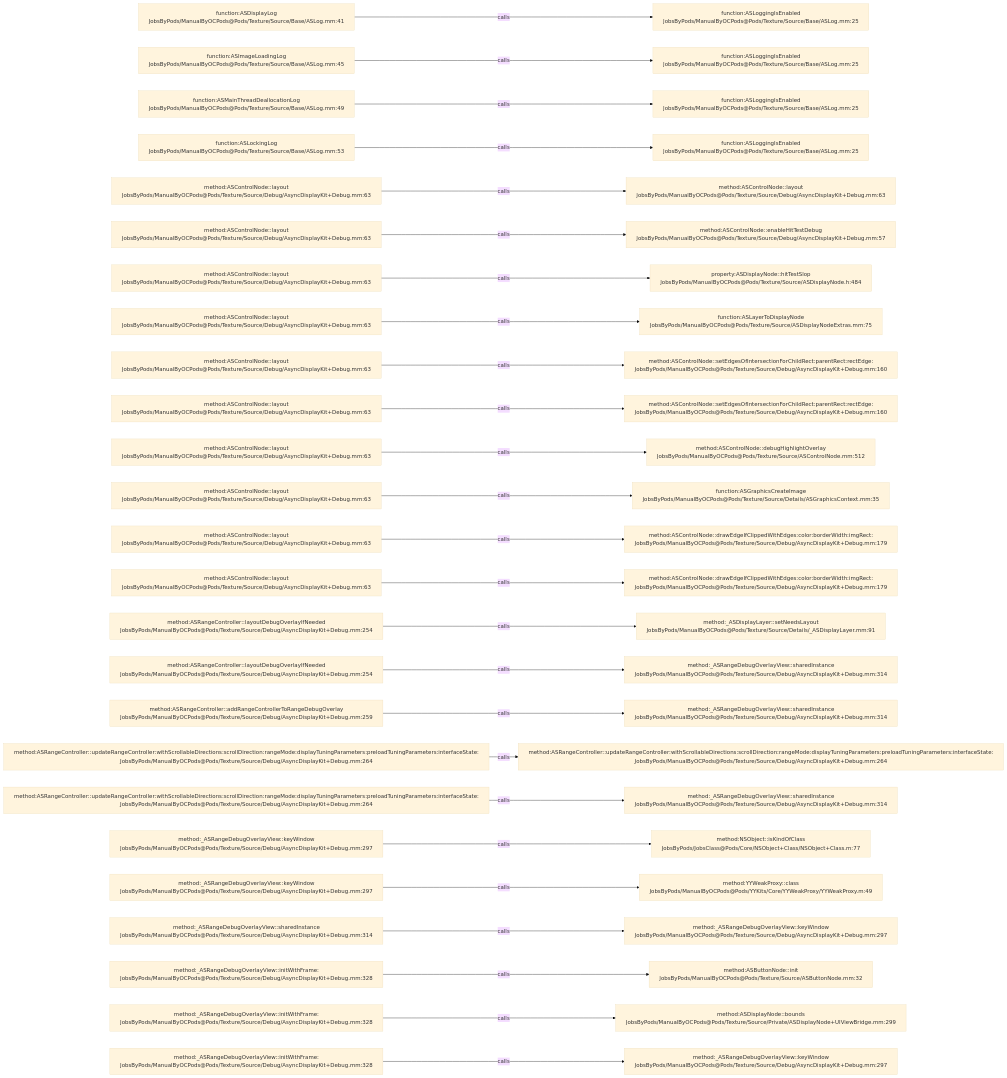
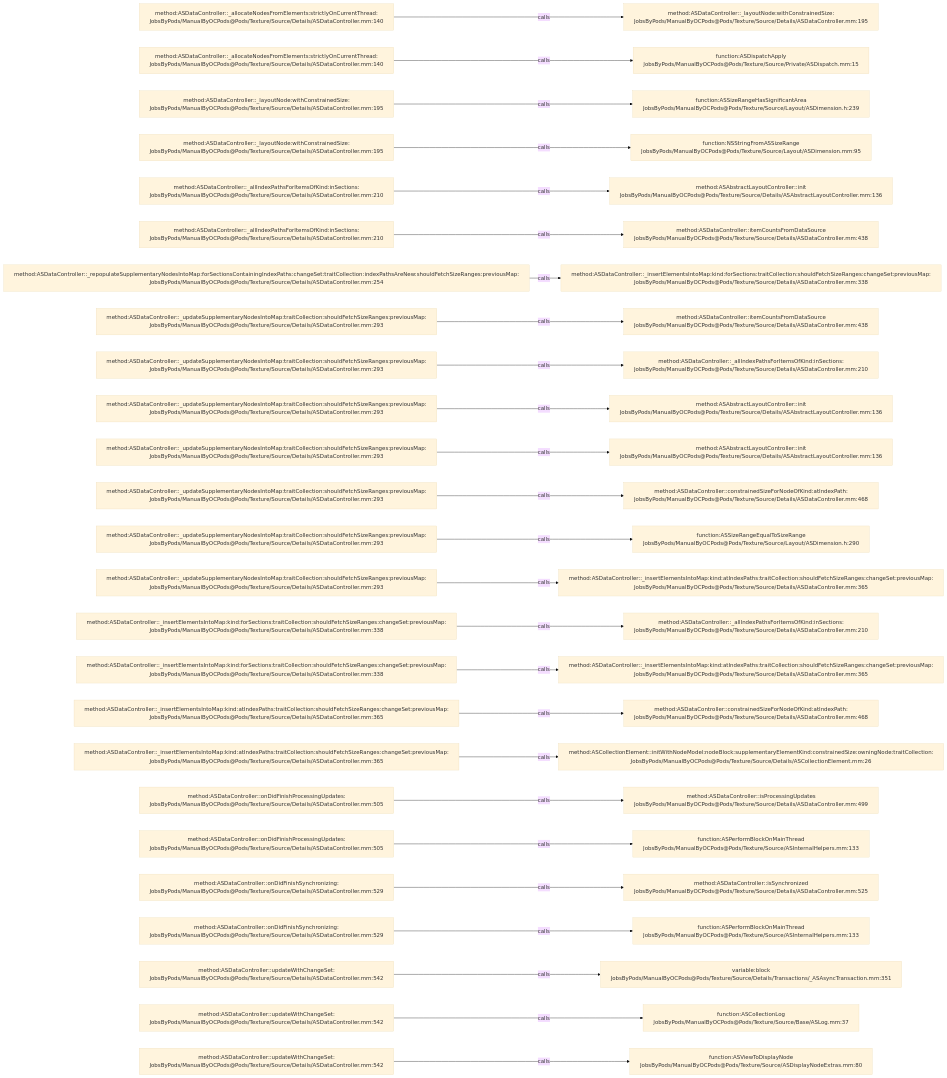
The diagram in .codegraph/codegraph.md/graphs/calls-156.md (JobsKits/JobsOCBaseConfigDemo), drawn with Mermaid (base theme) before and after one commit. The commit also changed 1223 other files, not shown here.

````diff
--- a/.codegraph/codegraph.md/graphs/calls-156.md
+++ b/.codegraph/codegraph.md/graphs/calls-156.md
@@ -13,78 +13,78 @@
 ```mermaid
 flowchart LR
-  S1["function:ASDisplayLog<br/>JobsByPods/ManualByOCPods@Pods/Texture/Source/Base/ASLog.mm:41"]
-  T1["function:ASLoggingIsEnabled<br/>JobsByPods/ManualByOCPods@Pods/Texture/Source/Base/ASLog.mm:25"]
+  S1["method:ASDataController::_allocateNodesFromElements:strictlyOnCurrentThread:<br/>JobsByPods/ManualByOCPods@Pods/Texture/Source/Details/ASDataController.mm:140"]
+  T1["method:ASDataController::_layoutNode:withConstrainedSize:<br/>JobsByPods/ManualByOCPods@Pods/Texture/Source/Details/ASDataController.mm:195"]
   S1 -->|calls| T1
-  S2["function:ASImageLoadingLog<br/>JobsByPods/ManualByOCPods@Pods/Texture/Source/Base/ASLog.mm:45"]
-  T2["function:ASLoggingIsEnabled<br/>JobsByPods/ManualByOCPods@Pods/Texture/Source/Base/ASLog.mm:25"]
+  S2["method:ASDataController::_allocateNodesFromElements:strictlyOnCurrentThread:<br/>JobsByPods/ManualByOCPods@Pods/Texture/Source/Details/ASDataController.mm:140"]
+  T2["function:ASDispatchApply<br/>JobsByPods/ManualByOCPods@Pods/Texture/Source/Private/ASDispatch.mm:15"]
   S2 -->|calls| T2
-  S3["function:ASMainThreadDeallocationLog<br/>JobsByPods/ManualByOCPods@Pods/Texture/Source/Base/ASLog.mm:49"]
-  T3["function:ASLoggingIsEnabled<br/>JobsByPods/ManualByOCPods@Pods/Texture/Source/Base/ASLog.mm:25"]
+  S3["method:ASDataController::_layoutNode:withConstrainedSize:<br/>JobsByPods/ManualByOCPods@Pods/Texture/Source/Details/ASDataController.mm:195"]
+  T3["function:ASSizeRangeHasSignificantArea<br/>JobsByPods/ManualByOCPods@Pods/Texture/Source/Layout/ASDimension.h:239"]
   S3 -->|calls| T3
-  S4["function:ASLockingLog<br/>JobsByPods/ManualByOCPods@Pods/Texture/Source/Base/ASLog.mm:53"]
-  T4["function:ASLoggingIsEnabled<br/>JobsByPods/ManualByOCPods@Pods/Texture/Source/Base/ASLog.mm:25"]
+  S4["method:ASDataController::_layoutNode:withConstrainedSize:<br/>JobsByPods/ManualByOCPods@Pods/Texture/Source/Details/ASDataController.mm:195"]
+  T4["function:NSStringFromASSizeRange<br/>JobsByPods/ManualByOCPods@Pods/Texture/Source/Layout/ASDimension.mm:95"]
   S4 -->|calls| T4
-  S5["method:ASControlNode::layout<br/>JobsByPods/ManualByOCPods@Pods/Texture/Source/Debug/AsyncDisplayKit+Debug.mm:63"]
-  T5["method:ASControlNode::layout<br/>JobsByPods/ManualByOCPods@Pods/Texture/Source/Debug/AsyncDisplayKit+Debug.mm:63"]
+  S5["method:ASDataController::_allIndexPathsForItemsOfKind:inSections:<br/>JobsByPods/ManualByOCPods@Pods/Texture/Source/Details/ASDataController.mm:210"]
+  T5["method:ASAbstractLayoutController::init<br/>JobsByPods/ManualByOCPods@Pods/Texture/Source/Details/ASAbstractLayoutController.mm:136"]
   S5 -->|calls| T5
-  S6["method:ASControlNode::layout<br/>JobsByPods/ManualByOCPods@Pods/Texture/Source/Debug/AsyncDisplayKit+Debug.mm:63"]
-  T6["method:ASControlNode::enableHitTestDebug<br/>JobsByPods/ManualByOCPods@Pods/Texture/Source/Debug/AsyncDisplayKit+Debug.mm:57"]
+  S6["method:ASDataController::_allIndexPathsForItemsOfKind:inSections:<br/>JobsByPods/ManualByOCPods@Pods/Texture/Source/Details/ASDataController.mm:210"]
+  T6["method:ASDataController::itemCountsFromDataSource<br/>JobsByPods/ManualByOCPods@Pods/Texture/Source/Details/ASDataController.mm:438"]
   S6 -->|calls| T6
-  S7["method:ASControlNode::layout<br/>JobsByPods/ManualByOCPods@Pods/Texture/Source/Debug/AsyncDisplayKit+Debug.mm:63"]
-  T7["property:ASDisplayNode::hitTestSlop<br/>JobsByPods/ManualByOCPods@Pods/Texture/Source/ASDisplayNode.h:484"]
+  S7["method:ASDataController::_repopulateSupplementaryNodesIntoMap:forSectionsContainingIndexPaths:changeSet:traitCollection:indexPathsAreNew:shouldFetchSizeRanges:previousMap:<br/>JobsByPods/ManualByOCPods@Pods/Texture/Source/Details/ASDataController.mm:254"]
+  T7["method:ASDataController::_insertElementsIntoMap:kind:forSections:traitCollection:shouldFetchSizeRanges:changeSet:previousMap:<br/>JobsByPods/ManualByOCPods@Pods/Texture/Source/Details/ASDataController.mm:338"]
   S7 -->|calls| T7
-  S8["method:ASControlNode::layout<br/>JobsByPods/ManualByOCPods@Pods/Texture/Source/Debug/AsyncDisplayKit+Debug.mm:63"]
-  T8["function:ASLayerToDisplayNode<br/>JobsByPods/ManualByOCPods@Pods/Texture/Source/ASDisplayNodeExtras.mm:75"]
+  S8["method:ASDataController::_updateSupplementaryNodesIntoMap:traitCollection:shouldFetchSizeRanges:previousMap:<br/>JobsByPods/ManualByOCPods@Pods/Texture/Source/Details/ASDataController.mm:293"]
+  T8["method:ASDataController::itemCountsFromDataSource<br/>JobsByPods/ManualByOCPods@Pods/Texture/Source/Details/ASDataController.mm:438"]
   S8 -->|calls| T8
-  S9["method:ASControlNode::layout<br/>JobsByPods/ManualByOCPods@Pods/Texture/Source/Debug/AsyncDisplayKit+Debug.mm:63"]
-  T9["method:ASControlNode::setEdgesOfIntersectionForChildRect:parentRect:rectEdge:<br/>JobsByPods/ManualByOCPods@Pods/Texture/Source/Debug/AsyncDisplayKit+Debug.mm:160"]
+  S9["method:ASDataController::_updateSupplementaryNodesIntoMap:traitCollection:shouldFetchSizeRanges:previousMap:<br/>JobsByPods/ManualByOCPods@Pods/Texture/Source/Details/ASDataController.mm:293"]
+  T9["method:ASDataController::_allIndexPathsForItemsOfKind:inSections:<br/>JobsByPods/ManualByOCPods@Pods/Texture/Source/Details/ASDataController.mm:210"]
   S9 -->|calls| T9
-  S10["method:ASControlNode::layout<br/>JobsByPods/ManualByOCPods@Pods/Texture/Source/Debug/AsyncDisplayKit+Debug.mm:63"]
-  T10["method:ASControlNode::setEdgesOfIntersectionForChildRect:parentRect:rectEdge:<br/>JobsByPods/ManualByOCPods@Pods/Texture/Source/Debug/AsyncDisplayKit+Debug.mm:160"]
+  S10["method:ASDataController::_updateSupplementaryNodesIntoMap:traitCollection:shouldFetchSizeRanges:previousMap:<br/>JobsByPods/ManualByOCPods@Pods/Texture/Source/Details/ASDataController.mm:293"]
+  T10["method:ASAbstractLayoutController::init<br/>JobsByPods/ManualByOCPods@Pods/Texture/Source/Details/ASAbstractLayoutController.mm:136"]
   S10 -->|calls| T10
-  S11["method:ASControlNode::layout<br/>JobsByPods/ManualByOCPods@Pods/Texture/Source/Debug/AsyncDisplayKit+Debug.mm:63"]
-  T11["method:ASControlNode::debugHighlightOverlay<br/>JobsByPods/ManualByOCPods@Pods/Texture/Source/ASControlNode.mm:512"]
+  S11["method:ASDataController::_updateSupplementaryNodesIntoMap:traitCollection:shouldFetchSizeRanges:previousMap:<br/>JobsByPods/ManualByOCPods@Pods/Texture/Source/Details/ASDataController.mm:293"]
+  T11["method:ASAbstractLayoutController::init<br/>JobsByPods/ManualByOCPods@Pods/Texture/Source/Details/ASAbstractLayoutController.mm:136"]
   S11 -->|calls| T11
-  S12["method:ASControlNode::layout<br/>JobsByPods/ManualByOCPods@Pods/Texture/Source/Debug/AsyncDisplayKit+Debug.mm:63"]
-  T12["function:ASGraphicsCreateImage<br/>JobsByPods/ManualByOCPods@Pods/Texture/Source/Details/ASGraphicsContext.mm:35"]
+  S12["method:ASDataController::_updateSupplementaryNodesIntoMap:traitCollection:shouldFetchSizeRanges:previousMap:<br/>JobsByPods/ManualByOCPods@Pods/Texture/Source/Details/ASDataController.mm:293"]
+  T12["method:ASDataController::constrainedSizeForNodeOfKind:atIndexPath:<br/>JobsByPods/ManualByOCPods@Pods/Texture/Source/Details/ASDataController.mm:468"]
   S12 -->|calls| T12
-  S13["method:ASControlNode::layout<br/>JobsByPods/ManualByOCPods@Pods/Texture/Source/Debug/AsyncDisplayKit+Debug.mm:63"]
-  T13["method:ASControlNode::drawEdgeIfClippedWithEdges:color:borderWidth:imgRect:<br/>JobsByPods/ManualByOCPods@Pods/Texture/Source/Debug/AsyncDisplayKit+Debug.mm:179"]
+  S13["method:ASDataController::_updateSupplementaryNodesIntoMap:traitCollection:shouldFetchSizeRanges:previousMap:<br/>JobsByPods/ManualByOCPods@Pods/Texture/Source/Details/ASDataController.mm:293"]
+  T13["function:ASSizeRangeEqualToSizeRange<br/>JobsByPods/ManualByOCPods@Pods/Texture/Source/Layout/ASDimension.h:290"]
   S13 -->|calls| T13
-  S14["method:ASControlNode::layout<br/>JobsByPods/ManualByOCPods@Pods/Texture/Source/Debug/AsyncDisplayKit+Debug.mm:63"]
-  T14["method:ASControlNode::drawEdgeIfClippedWithEdges:color:borderWidth:imgRect:<br/>JobsByPods/ManualByOCPods@Pods/Texture/Source/Debug/AsyncDisplayKit+Debug.mm:179"]
+  S14["method:ASDataController::_updateSupplementaryNodesIntoMap:traitCollection:shouldFetchSizeRanges:previousMap:<br/>JobsByPods/ManualByOCPods@Pods/Texture/Source/Details/ASDataController.mm:293"]
+  T14["method:ASDataController::_insertElementsIntoMap:kind:atIndexPaths:traitCollection:shouldFetchSizeRanges:changeSet:previousMap:<br/>JobsByPods/ManualByOCPods@Pods/Texture/Source/Details/ASDataController.mm:365"]
   S14 -->|calls| T14
-  S15["method:ASRangeController::layoutDebugOverlayIfNeeded<br/>JobsByPods/ManualByOCPods@Pods/Texture/Source/Debug/AsyncDisplayKit+Debug.mm:254"]
-  T15["method:_ASDisplayLayer::setNeedsLayout<br/>JobsByPods/ManualByOCPods@Pods/Texture/Source/Details/_ASDisplayLayer.mm:91"]
+  S15["method:ASDataController::_insertElementsIntoMap:kind:forSections:traitCollection:shouldFetchSizeRanges:changeSet:previousMap:<br/>JobsByPods/ManualByOCPods@Pods/Texture/Source/Details/ASDataController.mm:338"]
+  T15["method:ASDataController::_allIndexPathsForItemsOfKind:inSections:<br/>JobsByPods/ManualByOCPods@Pods/Texture/Source/Details/ASDataController.mm:210"]
   S15 -->|calls| T15
-  S16["method:ASRangeController::layoutDebugOverlayIfNeeded<br/>JobsByPods/ManualByOCPods@Pods/Texture/Source/Debug/AsyncDisplayKit+Debug.mm:254"]
-  T16["method:_ASRangeDebugOverlayView::sharedInstance<br/>JobsByPods/ManualByOCPods@Pods/Texture/Source/Debug/AsyncDisplayKit+Debug.mm:314"]
+  S16["method:ASDataController::_insertElementsIntoMap:kind:forSections:traitCollection:shouldFetchSizeRanges:changeSet:previousMap:<br/>JobsByPods/ManualByOCPods@Pods/Texture/Source/Details/ASDataController.mm:338"]
+  T16["method:ASDataController::_insertElementsIntoMap:kind:atIndexPaths:traitCollection:shouldFetchSizeRanges:changeSet:previousMap:<br/>JobsByPods/ManualByOCPods@Pods/Texture/Source/Details/ASDataController.mm:365"]
   S16 -->|calls| T16
-  S17["method:ASRangeController::addRangeControllerToRangeDebugOverlay<br/>JobsByPods/ManualByOCPods@Pods/Texture/Source/Debug/AsyncDisplayKit+Debug.mm:259"]
-  T17["method:_ASRangeDebugOverlayView::sharedInstance<br/>JobsByPods/ManualByOCPods@Pods/Texture/Source/Debug/AsyncDisplayKit+Debug.mm:314"]
+  S17["method:ASDataController::_insertElementsIntoMap:kind:atIndexPaths:traitCollection:shouldFetchSizeRanges:changeSet:previousMap:<br/>JobsByPods/ManualByOCPods@Pods/Texture/Source/Details/ASDataController.mm:365"]
+  T17["method:ASDataController::constrainedSizeForNodeOfKind:atIndexPath:<br/>JobsByPods/ManualByOCPods@Pods/Texture/Source/Details/ASDataController.mm:468"]
   S17 -->|calls| T17
-  S18["method:ASRangeController::updateRangeController:withScrollableDirections:scrollDirection:rangeMode:displayTuningParameters:preloadTuningParameters:interfaceState:<br/>JobsByPods/ManualByOCPods@Pods/Texture/Source/Debug/AsyncDisplayKit+Debug.mm:264"]
-  T18["method:ASRangeController::updateRangeController:withScrollableDirections:scrollDirection:rangeMode:displayTuningParameters:preloadTuningParameters:interfaceState:<br/>JobsByPods/ManualByOCPods@Pods/Texture/Source/Debug/AsyncDisplayKit+Debug.mm:264"]
+  S18["method:ASDataController::_insertElementsIntoMap:kind:atIndexPaths:traitCollection:shouldFetchSizeRanges:changeSet:previousMap:<br/>JobsByPods/ManualByOCPods@Pods/Texture/Source/Details/ASDataController.mm:365"]
+  T18["method:ASCollectionElement::initWithNodeModel:nodeBlock:supplementaryElementKind:constrainedSize:owningNode:traitCollection:<br/>JobsByPods/ManualByOCPods@Pods/Texture/Source/Details/ASCollectionElement.mm:26"]
   S18 -->|calls| T18
-  S19["method:ASRangeController::updateRangeController:withScrollableDirections:scrollDirection:rangeMode:displayTuningParameters:preloadTuningParameters:interfaceState:<br/>JobsByPods/ManualByOCPods@Pods/Texture/Source/Debug/AsyncDisplayKit+Debug.mm:264"]
-  T19["method:_ASRangeDebugOverlayView::sharedInstance<br/>JobsByPods/ManualByOCPods@Pods/Texture/Source/Debug/AsyncDisplayKit+Debug.mm:314"]
+  S19["method:ASDataController::onDidFinishProcessingUpdates:<br/>JobsByPods/ManualByOCPods@Pods/Texture/Source/Details/ASDataController.mm:505"]
+  T19["method:ASDataController::isProcessingUpdates<br/>JobsByPods/ManualByOCPods@Pods/Texture/Source/Details/ASDataController.mm:499"]
   S19 -->|calls| T19
-  S20["method:_ASRangeDebugOverlayView::keyWindow<br/>JobsByPods/ManualByOCPods@Pods/Texture/Source/Debug/AsyncDisplayKit+Debug.mm:297"]
-  T20["method:NSObject::isKindOfClass<br/>JobsByPods/JobsClass@Pods/Core/NSObject+Class/NSObject+Class.m:77"]
+  S20["method:ASDataController::onDidFinishProcessingUpdates:<br/>JobsByPods/ManualByOCPods@Pods/Texture/Source/Details/ASDataController.mm:505"]
+  T20["function:ASPerformBlockOnMainThread<br/>JobsByPods/ManualByOCPods@Pods/Texture/Source/ASInternalHelpers.mm:133"]
   S20 -->|calls| T20
-  S21["method:_ASRangeDebugOverlayView::keyWindow<br/>JobsByPods/ManualByOCPods@Pods/Texture/Source/Debug/AsyncDisplayKit+Debug.mm:297"]
-  T21["method:YYWeakProxy::class<br/>JobsByPods/ManualByOCPods@Pods/YYKits/Core/YYWeakProxy/YYWeakProxy.m:49"]
+  S21["method:ASDataController::onDidFinishSynchronizing:<br/>JobsByPods/ManualByOCPods@Pods/Texture/Source/Details/ASDataController.mm:529"]
+  T21["method:ASDataController::isSynchronized<br/>JobsByPods/ManualByOCPods@Pods/Texture/Source/Details/ASDataController.mm:525"]
   S21 -->|calls| T21
-  S22["method:_ASRangeDebugOverlayView::sharedInstance<br/>JobsByPods/ManualByOCPods@Pods/Texture/Source/Debug/AsyncDisplayKit+Debug.mm:314"]
-  T22["method:_ASRangeDebugOverlayView::keyWindow<br/>JobsByPods/ManualByOCPods@Pods/Texture/Source/Debug/AsyncDisplayKit+Debug.mm:297"]
+  S22["method:ASDataController::onDidFinishSynchronizing:<br/>JobsByPods/ManualByOCPods@Pods/Texture/Source/Details/ASDataController.mm:529"]
+  T22["function:ASPerformBlockOnMainThread<br/>JobsByPods/ManualByOCPods@Pods/Texture/Source/ASInternalHelpers.mm:133"]
   S22 -->|calls| T22
-  S23["method:_ASRangeDebugOverlayView::initWithFrame:<br/>JobsByPods/ManualByOCPods@Pods/Texture/Source/Debug/AsyncDisplayKit+Debug.mm:328"]
-  T23["method:ASButtonNode::init<br/>JobsByPods/ManualByOCPods@Pods/Texture/Source/ASButtonNode.mm:32"]
+  S23["method:ASDataController::updateWithChangeSet:<br/>JobsByPods/ManualByOCPods@Pods/Texture/Source/Details/ASDataController.mm:542"]
+  T23["variable:block<br/>JobsByPods/ManualByOCPods@Pods/Texture/Source/Details/Transactions/_ASAsyncTransaction.mm:351"]
   S23 -->|calls| T23
-  S24["method:_ASRangeDebugOverlayView::initWithFrame:<br/>JobsByPods/ManualByOCPods@Pods/Texture/Source/Debug/AsyncDisplayKit+Debug.mm:328"]
-  T24["method:ASDisplayNode::bounds<br/>JobsByPods/ManualByOCPods@Pods/Texture/Source/Private/ASDisplayNode+UIViewBridge.mm:299"]
+  S24["method:ASDataController::updateWithChangeSet:<br/>JobsByPods/ManualByOCPods@Pods/Texture/Source/Details/ASDataController.mm:542"]
+  T24["function:ASCollectionLog<br/>JobsByPods/ManualByOCPods@Pods/Texture/Source/Base/ASLog.mm:37"]
   S24 -->|calls| T24
-  S25["method:_ASRangeDebugOverlayView::initWithFrame:<br/>JobsByPods/ManualByOCPods@Pods/Texture/Source/Debug/AsyncDisplayKit+Debug.mm:328"]
-  T25["method:_ASRangeDebugOverlayView::keyWindow<br/>JobsByPods/ManualByOCPods@Pods/Texture/Source/Debug/AsyncDisplayKit+Debug.mm:297"]
+  S25["method:ASDataController::updateWithChangeSet:<br/>JobsByPods/ManualByOCPods@Pods/Texture/Source/Details/ASDataController.mm:542"]
+  T25["function:ASViewToDisplayNode<br/>JobsByPods/ManualByOCPods@Pods/Texture/Source/ASDisplayNodeExtras.mm:80"]
   S25 -->|calls| T25
 ```
````
